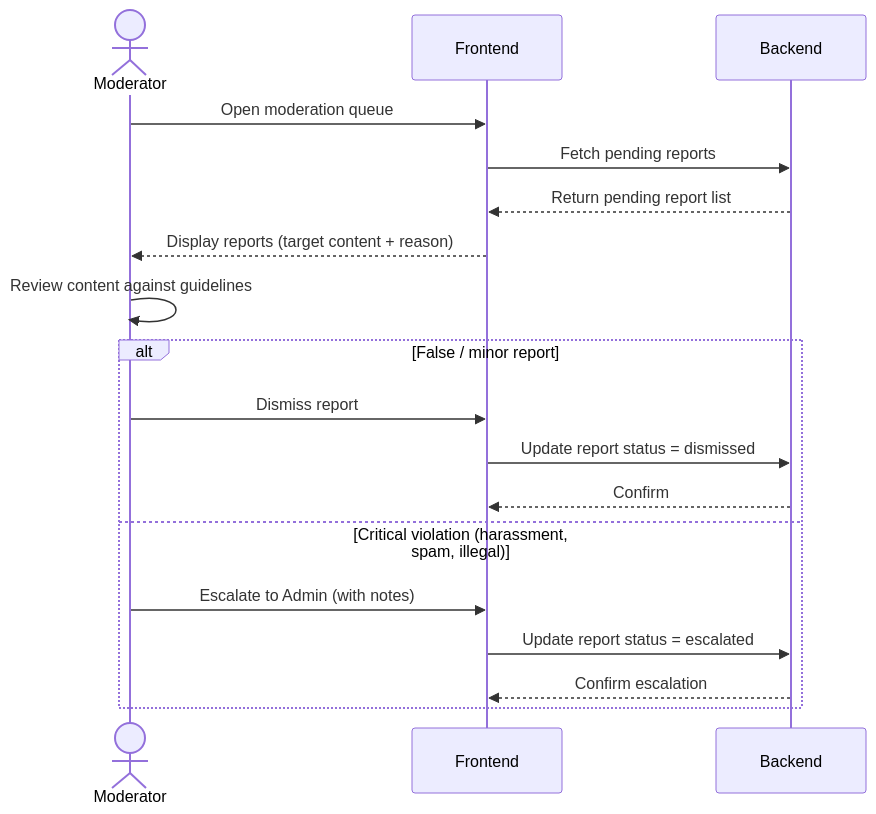
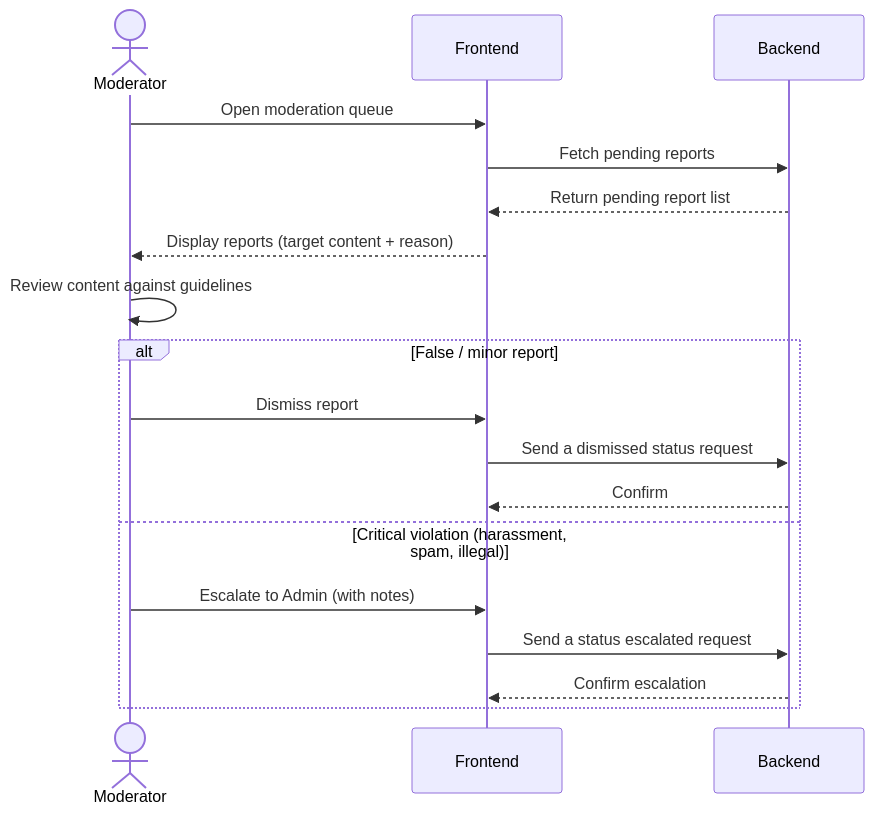
Before and after one commit to anvn12/FOZ: the fourth of 5 diagrams in docs/2B. Vision Document.md, drawn with Mermaid. The commit also changed other lines of this file and 1 other file, not shown here.

````diff
--- a/docs/2B. Vision Document.md
+++ b/docs/2B. Vision Document.md
@@ -208,21 +208,21 @@
 ```mermaid
 sequenceDiagram
     actor Moderator
     participant Frontend
     participant Backend
 
     Moderator->>Frontend: Open moderation queue
     Frontend->>Backend: Fetch pending reports
     Backend-->>Frontend: Return pending report list
     Frontend-->>Moderator: Display reports (target content + reason)
     Moderator->>Moderator: Review content against guidelines
     alt False / minor report
         Moderator->>Frontend: Dismiss report
-        Frontend->>Backend: Update report status = dismissed
+        Frontend->>Backend: Send a dismissed status request
         Backend-->>Frontend: Confirm
     else Critical violation (harassment, spam, illegal)
         Moderator->>Frontend: Escalate to Admin (with notes)
-        Frontend->>Backend: Update report status = escalated
+        Frontend->>Backend: Send a status escalated request
         Backend-->>Frontend: Confirm escalation
     end
 ```
````
